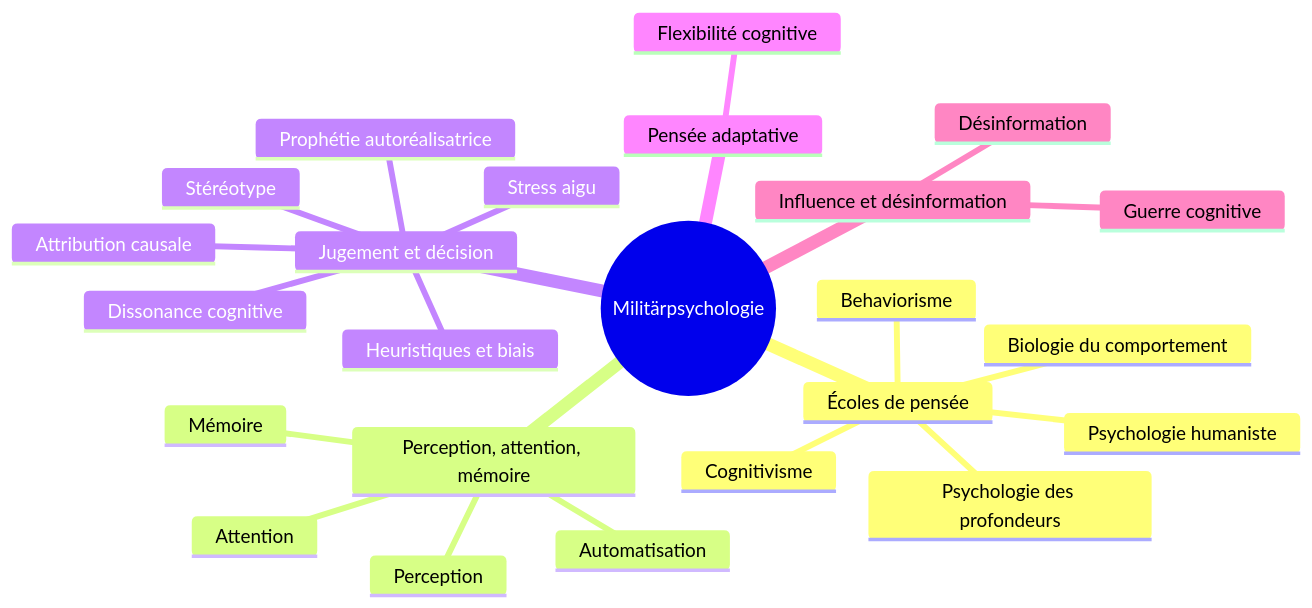
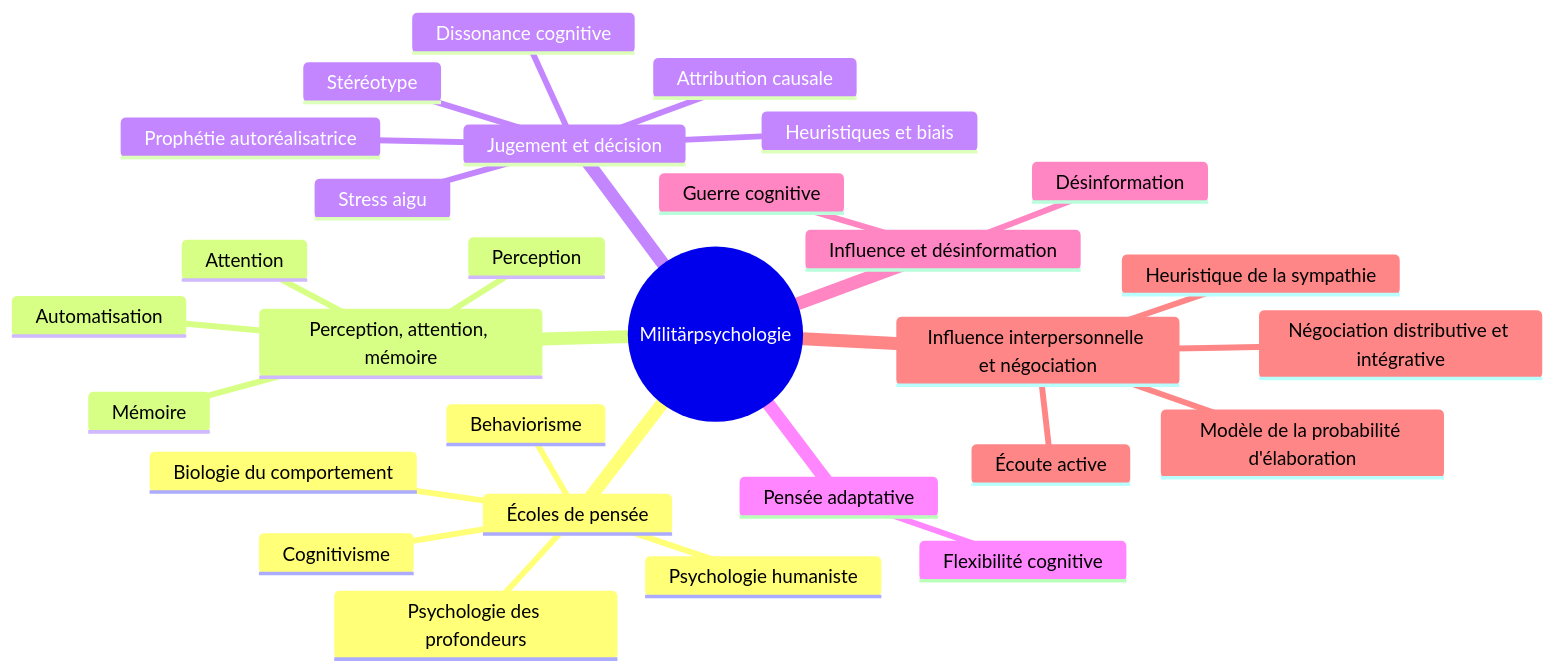
Before and after one commit to aidraxowl/NEXUS: the diagram in NEXUS/09-Learning/Course-Maps/HS26 - Militärpsychologie und -pädagogik.md, drawn with Mermaid. The commit also changed other lines of this file and 45 other files, not shown here.

````diff
--- a/NEXUS/09-Learning/Course-Maps/HS26 - Militärpsychologie und -pädagogik.md
+++ b/NEXUS/09-Learning/Course-Maps/HS26 - Militärpsychologie und -pädagogik.md
@@ -22,27 +22,32 @@
 ```mermaid
 mindmap
   root((Militärpsychologie))
     Écoles de pensée
       Psychologie des profondeurs
       Behaviorisme
       Biologie du comportement
       Psychologie humaniste
       Cognitivisme
     Perception, attention, mémoire
       Perception
       Attention
       Automatisation
       Mémoire
     Jugement et décision
       Heuristiques et biais
       Attribution causale
       Dissonance cognitive
       Stéréotype
       Prophétie autoréalisatrice
       Stress aigu
     Pensée adaptative
       Flexibilité cognitive
     Influence et désinformation
       Guerre cognitive
       Désinformation
+    Influence interpersonnelle et négociation
+      Modèle de la probabilité d'élaboration
+      Heuristique de la sympathie
+      Écoute active
+      Négociation distributive et intégrative
 ```
````
